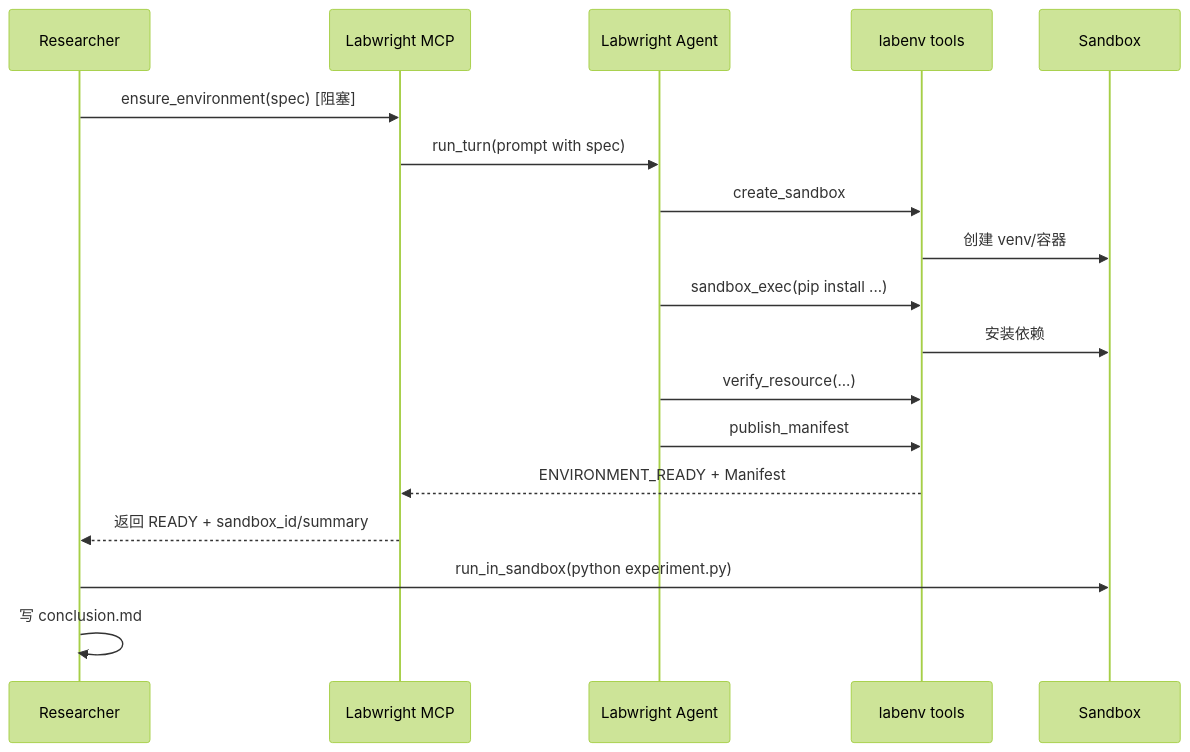
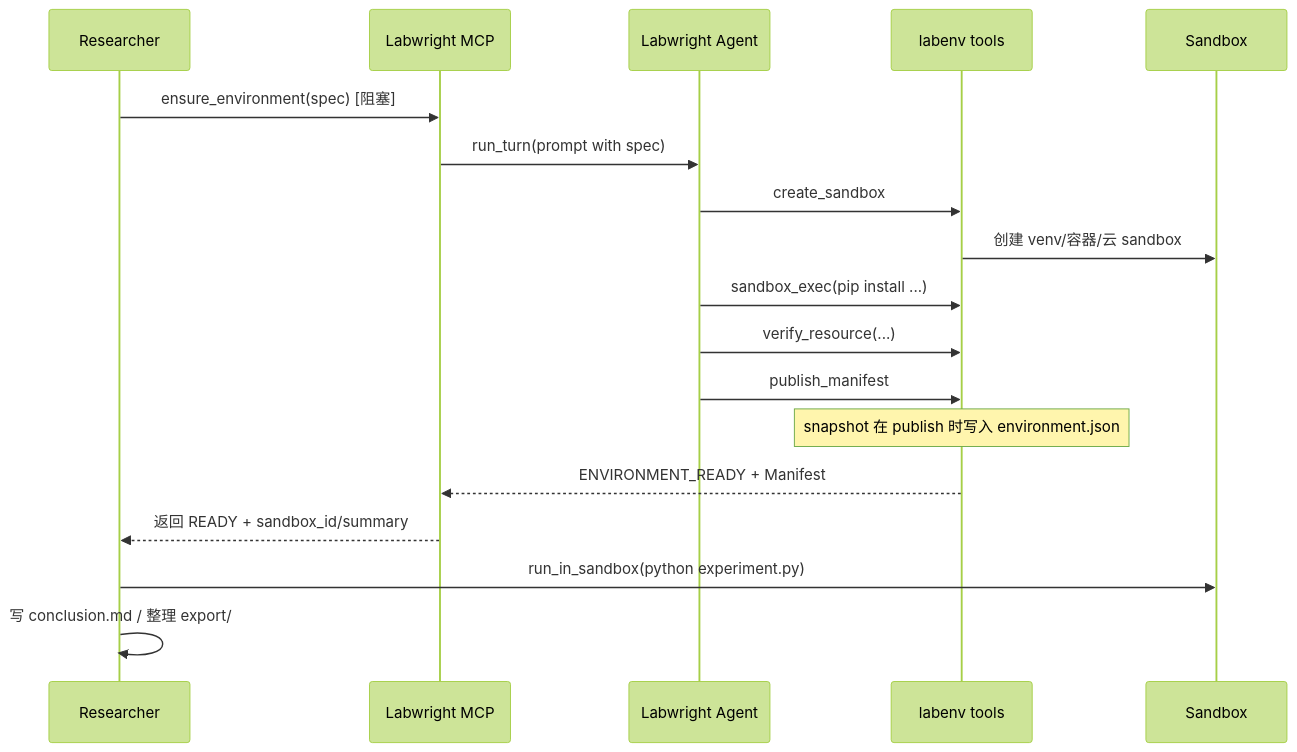
The second of 3 diagrams in AGENT.md (i2vec/zero), drawn with Mermaid (forest theme) before and after one commit. The commit also changed other lines of this file and 47 other files, not shown here.

````diff
--- a/AGENT.md
+++ b/AGENT.md
@@ -178,21 +259,21 @@
 ```mermaid
 sequenceDiagram
     participant R as Researcher
     participant LS as Labwright MCP
     participant LA as Labwright Agent
     participant LE as labenv tools
     participant S as Sandbox
 
     R->>LS: ensure_environment(spec)  [阻塞]
     LS->>LA: run_turn(prompt with spec)
     LA->>LE: create_sandbox
-    LE->>S: 创建 venv/容器
+    LE->>S: 创建 venv/容器/云 sandbox
     LA->>LE: sandbox_exec(pip install ...)
-    LE->>S: 安装依赖
     LA->>LE: verify_resource(...)
     LA->>LE: publish_manifest
+    Note over LE: snapshot 在 publish 时写入 environment.json
     LE-->>LS: ENVIRONMENT_READY + Manifest
     LS-->>R: 返回 READY + sandbox_id/summary
     R->>S: run_in_sandbox(python experiment.py)
-    R->>R: 写 conclusion.md
+    R->>R: 写 conclusion.md / 整理 export/
 ```
````
